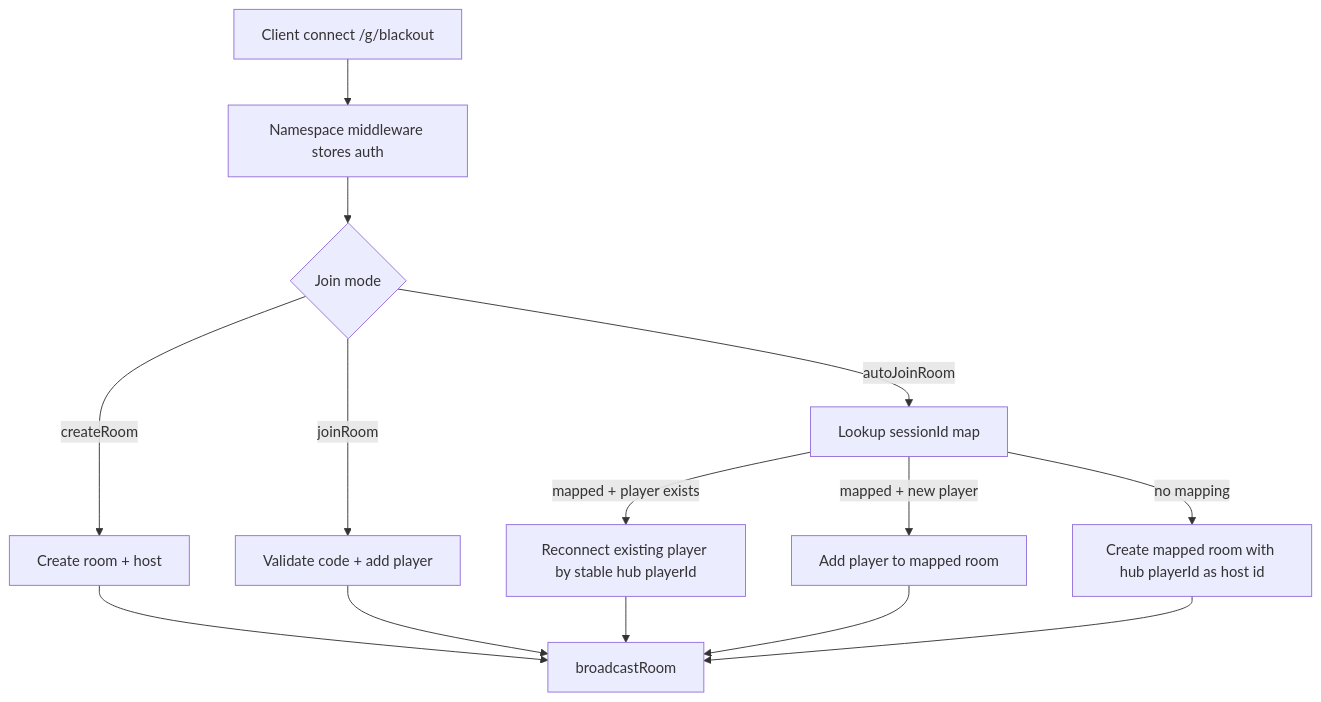
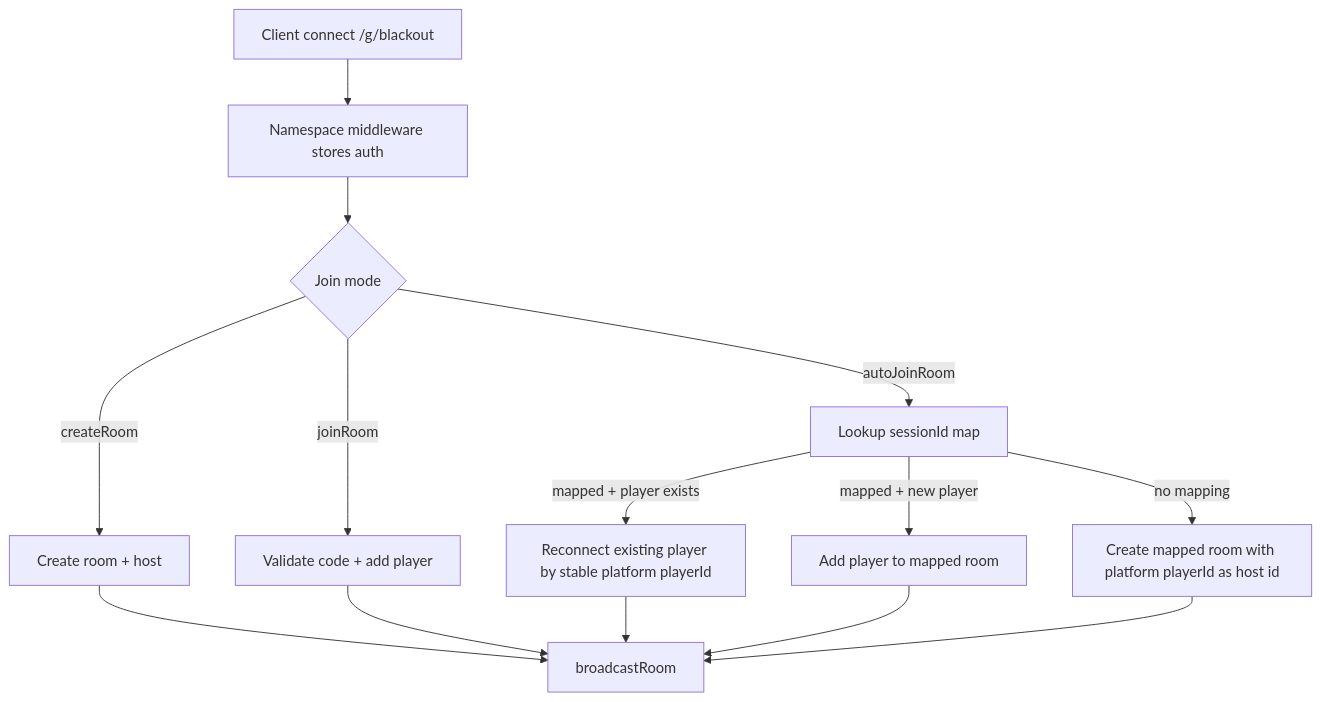
Before and after one commit to jsevenheck/game-platform: the first of 3 diagrams in games/blackout/docs/architecture.md, drawn with Mermaid. The commit also changed other lines of this file and 212 other files, not shown here.

````diff
--- a/games/blackout/docs/architecture.md
+++ b/games/blackout/docs/architecture.md
@@ -102,16 +102,16 @@
 ```mermaid
 flowchart TD
   A[Client connect /g/blackout] --> B[Namespace middleware stores auth]
   B --> C{Join mode}
   C -->|createRoom| D[Create room + host]
   C -->|joinRoom| E[Validate code + add player]
   C -->|autoJoinRoom| F[Lookup sessionId map]
-  F -->|mapped + player exists| G[Reconnect existing player by stable hub playerId]
+  F -->|mapped + player exists| G[Reconnect existing player by stable platform playerId]
   F -->|mapped + new player| H[Add player to mapped room]
-  F -->|no mapping| I[Create mapped room with hub playerId as host id]
+  F -->|no mapping| I[Create mapped room with platform playerId as host id]
   D --> J[broadcastRoom]
   E --> J
   G --> J
   H --> J
   I --> J
 ```
````
